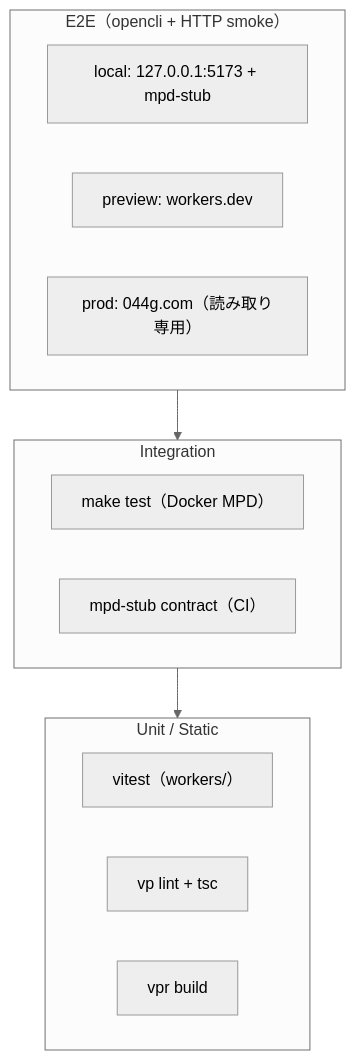
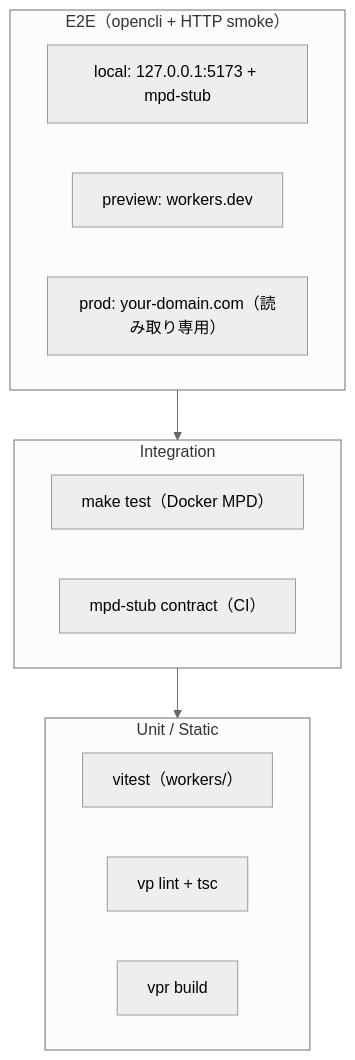
One commit to budybye/radio changed the fourth of 8 diagrams in docs/diagrams.md. Above: the diagram before and after it, drawn with Mermaid (neutral theme). The commit also changed other lines of this file and 23 other files, not shown here.

````diff
--- a/docs/diagrams.md
+++ b/docs/diagrams.md
@@ -121,22 +120,22 @@
 ```mermaid
 flowchart TB
   subgraph e2e["E2E（opencli + HTTP smoke）"]
     Local["local: 127.0.0.1:5173 + mpd-stub"]
     Preview["preview: workers.dev"]
-    Prod["prod: 044g.com（読み取り専用）"]
+    Prod["prod: your-domain.com（読み取り専用）"]
   end
 
   subgraph integration["Integration"]
     MakeTest["make test（Docker MPD）"]
     MpdStub["mpd-stub contract（CI）"]
   end
 
   subgraph unit["Unit / Static"]
     Vitest["vitest（workers/）"]
     Lint["vp lint + tsc"]
     Build["vpr build"]
   end
 
   e2e --> integration
   integration --> unit
 ```
````
